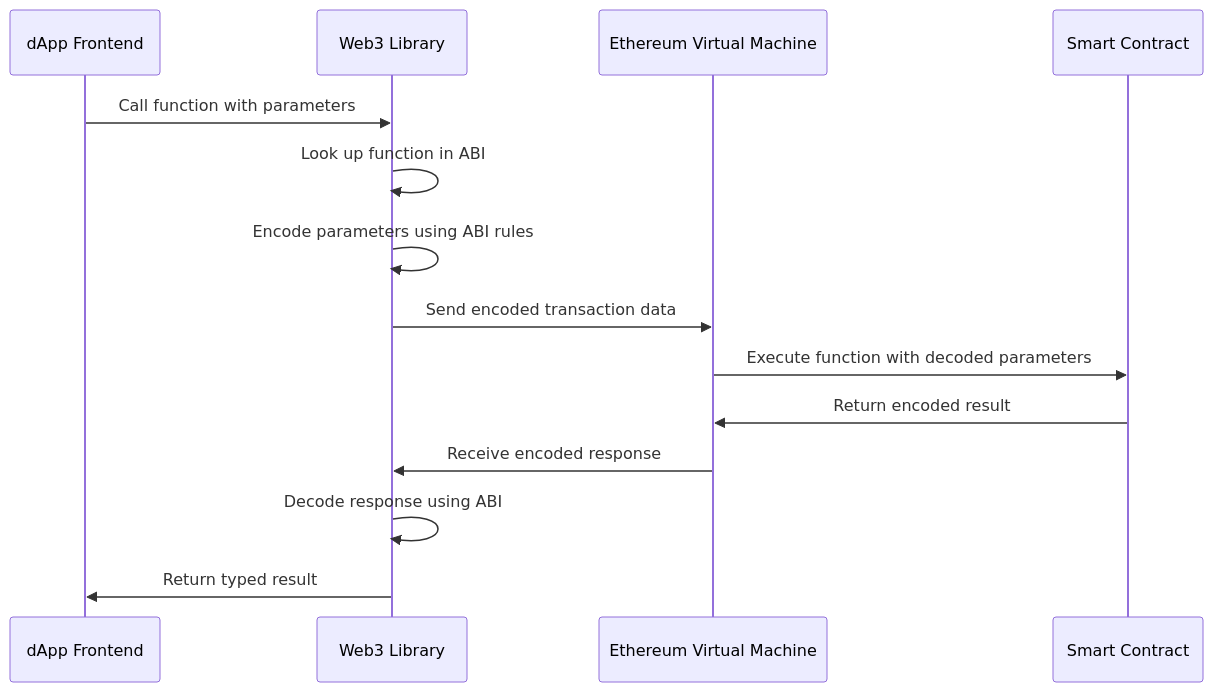
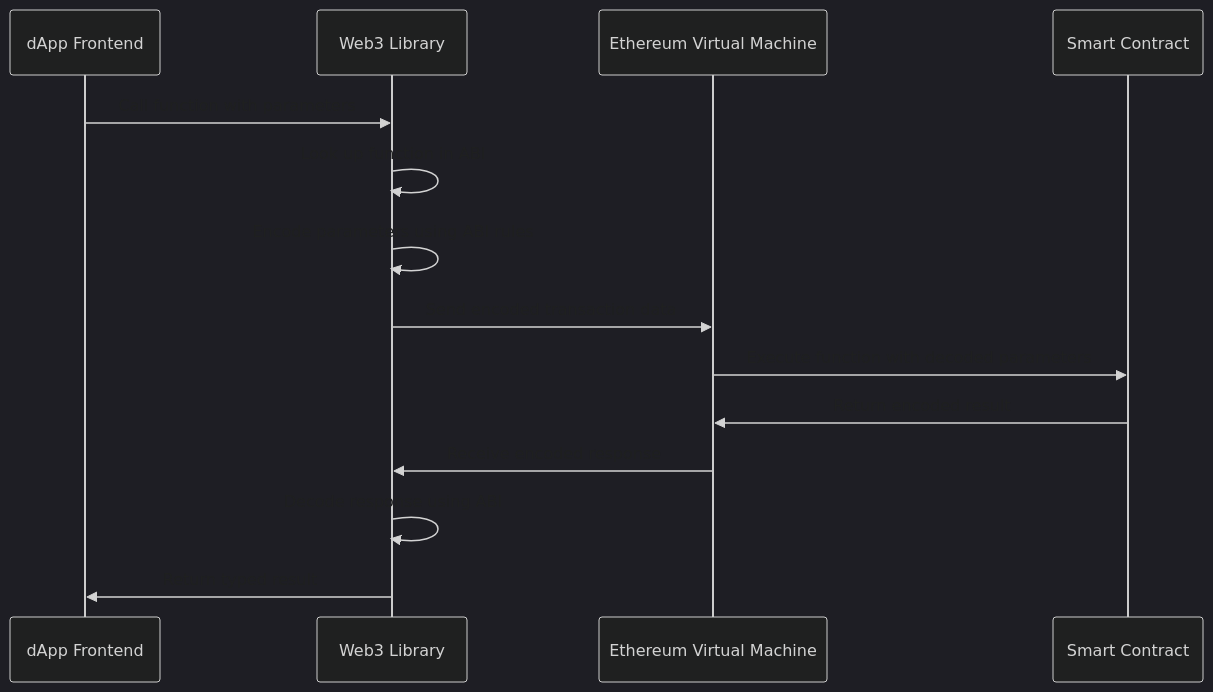
Before and after one commit to shapkarin/shapkarin.me: the second of 2 diagrams in public/api/articles/ethereum-abi.md, drawn with Mermaid. The commit also changed other lines of this file and 1 other file, not shown here.

Commit message:
docs: style ABI Encoding Process diagram

````diff
--- a/public/api/articles/ethereum-abi.md
+++ b/public/api/articles/ethereum-abi.md
@@ -217,17 +217,18 @@
 ```mermaid
+%%{init: {'theme':'dark', 'themeVariables': {'signalTextColor': '#1f2020'}}}%%
 sequenceDiagram
     participant App as dApp Frontend
     participant Lib as Web3 Library
     participant EVM as Ethereum Virtual Machine
     participant Contract as Smart Contract
     
     App->>Lib: Call function with parameters
     Lib->>Lib: Look up function in ABI
     Lib->>Lib: Encode parameters using ABI rules
     Lib->>EVM: Send encoded transaction data
     EVM->>Contract: Execute function with decoded parameters
     Contract->>EVM: Return encoded result
     EVM->>Lib: Receive encoded response
     Lib->>Lib: Decode response using ABI
     Lib->>App: Return typed result
 ```
````
